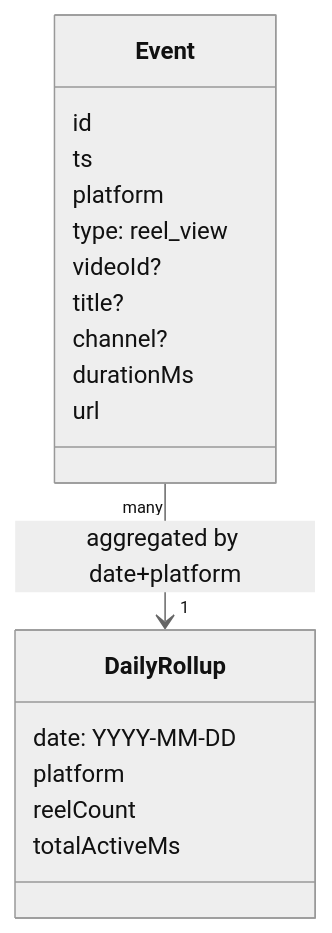
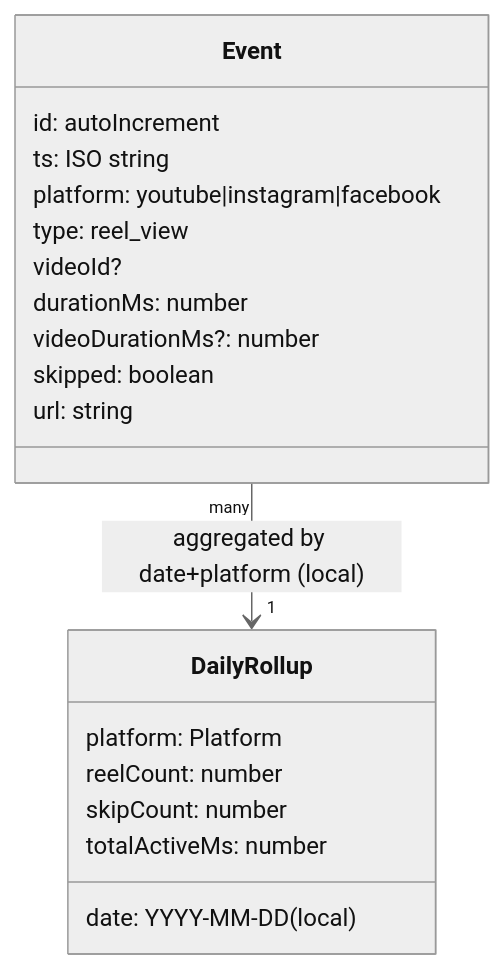
One commit to OussemaJaouadi/DoomGauge changed the third of 3 diagrams in docs/ARCHITECTURE.md. Above: the diagram before and after it, drawn with Mermaid (neutral theme). The commit also changed other lines of this file and 7 other files, not shown here.

Commit message:
📝 docs: make v1 spec consistent — local daily counts and clearer skip tracking

````diff
--- a/docs/ARCHITECTURE.md
+++ b/docs/ARCHITECTURE.md
@@ -37,21 +43,22 @@
 ```mermaid
 classDiagram
   class Event {
-    id
-    ts
-    platform
+    id: autoIncrement
+    ts: ISO string
+    platform: youtube|instagram|facebook
     type: reel_view
     videoId?
-    title?
-    channel?
-    durationMs
-    url
+    durationMs: number
+    videoDurationMs?: number
+    skipped: boolean
+    url: string
   }
   class DailyRollup {
-    date: YYYY-MM-DD
-    platform
-    reelCount
-    totalActiveMs
+    date: YYYY-MM-DD (local)
+    platform: Platform
+    reelCount: number
+    skipCount: number
+    totalActiveMs: number
   }
-  Event "many" --> "1" DailyRollup : aggregated by date+platform
+  Event "many" --> "1" DailyRollup : aggregated by date+platform (local)
 ```
````
